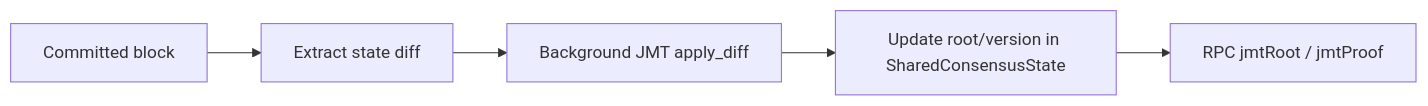
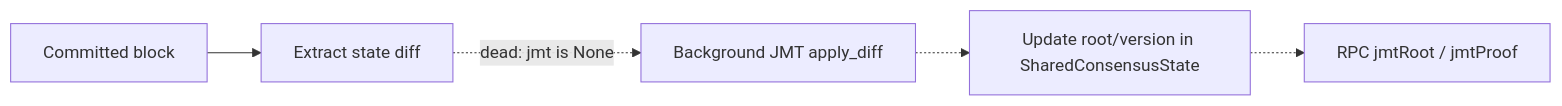
One commit to n42blockchain/n42-26 changed the sixth of 10 diagrams in docs/02-Core-Flows.md. Above: the diagram before and after it, drawn with Mermaid. The commit also changed other lines of this file and 2 other files, not shown here.

First line of the commit message:
docs: update architecture docs with production wiring audit results

````diff
--- a/docs/02-Core-Flows.md
+++ b/docs/02-Core-Flows.md
@@ -122,7 +124,7 @@
 ```mermaid
 flowchart LR
     A["Committed block"] --> B["Extract state diff"]
-    B --> C["Background JMT apply_diff"]
-    C --> D["Update root/version in SharedConsensusState"]
-    D --> E["RPC jmtRoot / jmtProof"]
+    B -.->|"dead: jmt is None"| C["Background JMT apply_diff"]
+    C -.-> D["Update root/version in SharedConsensusState"]
+    D -.-> E["RPC jmtRoot / jmtProof"]
 ```
````
